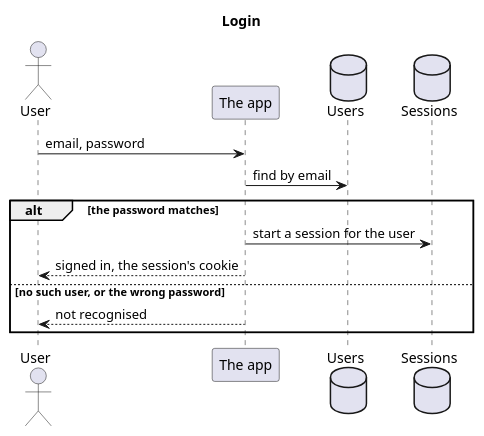
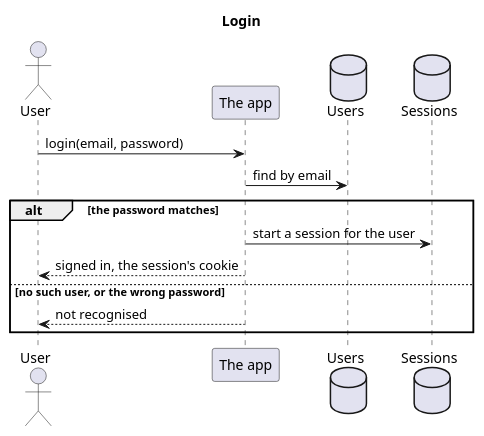
One commit to blueshed/dzql changed the diagram in uml/src/login.puml. Above: the diagram before and after it, drawn with PlantUML. The commit also changed 5 other files, not shown here.

Commit message:
uml: types.ts holds every name the diagrams use (classes, Api, states, events, actors); each diagram is checked against it and its drift shown live

```diff
--- a/uml/src/login.puml
+++ b/uml/src/login.puml
@@ -1,16 +1,16 @@
 @startuml
 title Login
 actor User
 participant "The app" as app
 database "Users" as users
 database "Sessions" as sessions
 
-User -> app : email, password
+User -> app : login(email, password)
 app -> users : find by email
 alt the password matches
   app -> sessions : start a session for the user
   app --> User : signed in, the session's cookie
 else no such user, or the wrong password
   app --> User : not recognised
 end
 @enduml
```
